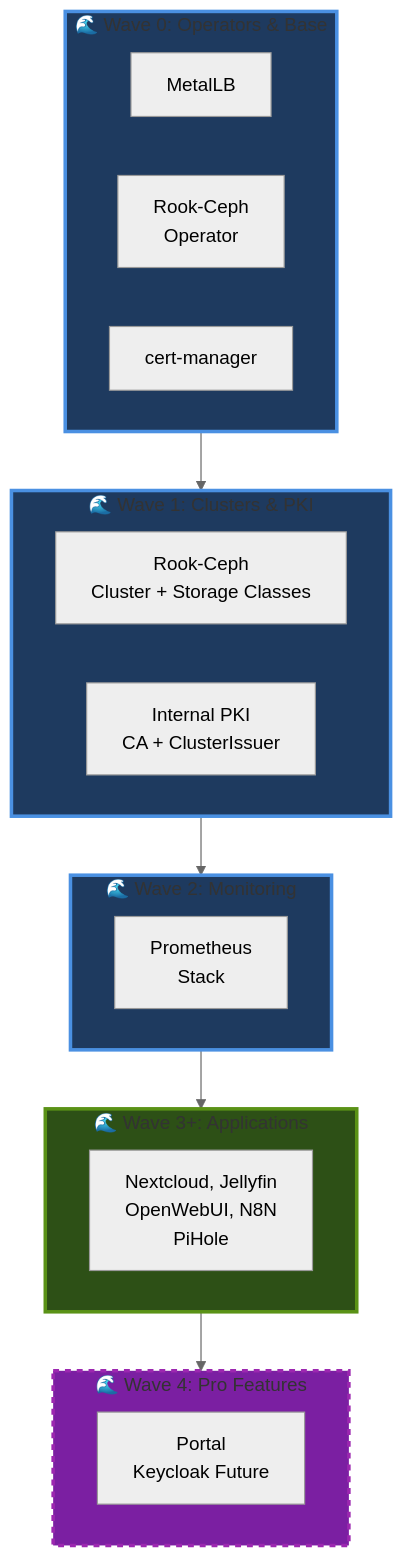
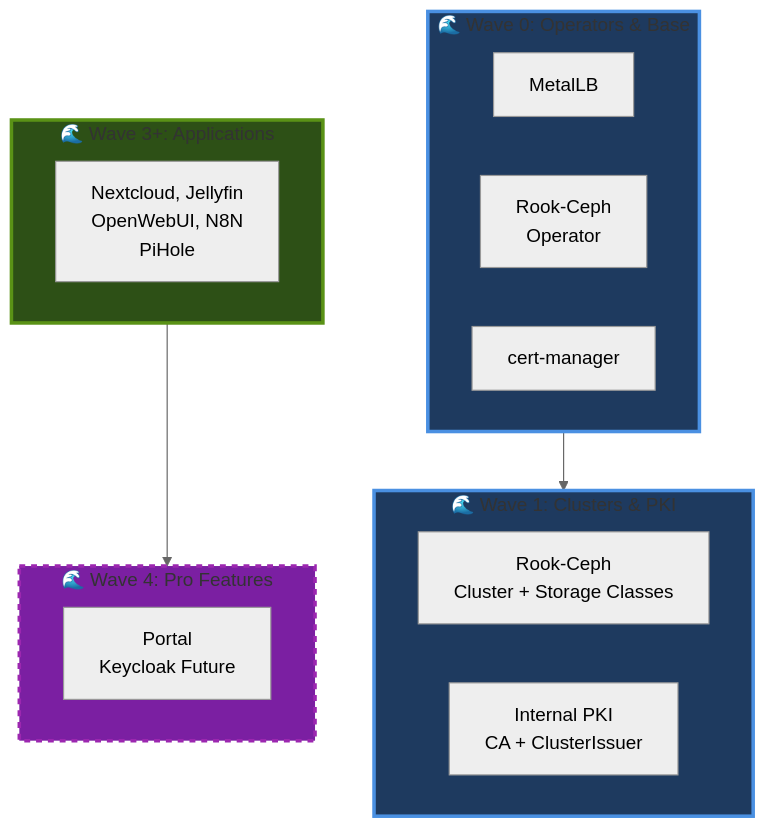
One commit to seadogger-tech/seadogger-homelab changed the sixth of 6 diagrams in docs/wiki/05-GitOps-and-IaC.md. Above: the diagram before and after it, drawn with Mermaid (neutral theme). The commit also changed other lines of this file and 18 other files, not shown here.

````diff
--- a/docs/wiki/05-GitOps-and-IaC.md
+++ b/docs/wiki/05-GitOps-and-IaC.md
@@ -449,36 +406,29 @@
 ```mermaid
 graph TD
     subgraph Wave0["🌊 Wave 0: Operators & Base"]
         MetalLB[MetalLB]
         RookOp[Rook-Ceph<br/>Operator]
         CertMgr[cert-manager]
     end
 
     subgraph Wave1["🌊 Wave 1: Clusters & PKI"]
         RookCluster[Rook-Ceph<br/>Cluster + Storage Classes]
         PKI[Internal PKI<br/>CA + ClusterIssuer]
     end
 
-    subgraph Wave2["🌊 Wave 2: Monitoring"]
-        Prometheus[Prometheus<br/>Stack]
-    end
-
     subgraph Wave3["🌊 Wave 3+: Applications"]
         Apps[Nextcloud, Jellyfin<br/>OpenWebUI, N8N<br/>PiHole]
     end
 
     subgraph WavePro["🌊 Wave 4: Pro Features"]
         Pro[Portal<br/>Keycloak Future]
     end
 
     Wave0 --> Wave1
-    Wave1 --> Wave2
-    Wave2 --> Wave3
     Wave3 --> WavePro
 
     style Wave0 fill:#1e3a5f,stroke:#4a90e2,stroke-width:3px
     style Wave1 fill:#1e3a5f,stroke:#4a90e2,stroke-width:3px
-    style Wave2 fill:#1e3a5f,stroke:#4a90e2,stroke-width:3px
     style Wave3 fill:#2d5016,stroke:#5a9216,stroke-width:3px
     style WavePro fill:#7b1fa2,stroke:#9c27b0,stroke-width:3px,stroke-dasharray: 5 5
 ```
````
